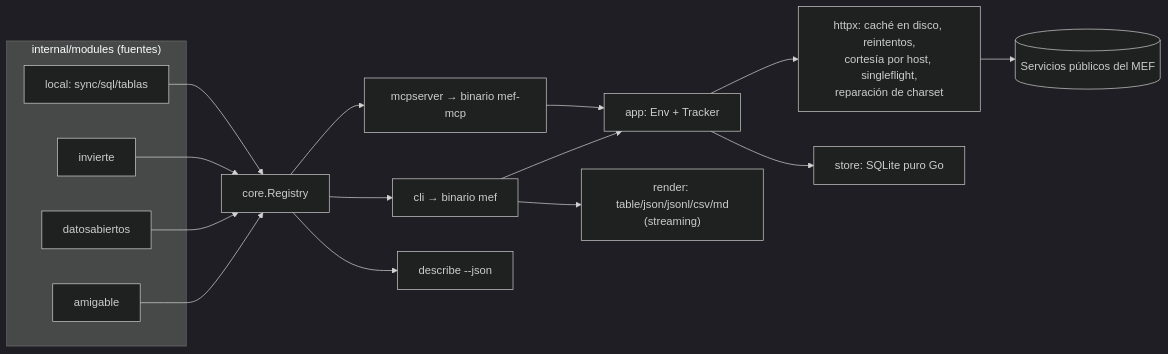
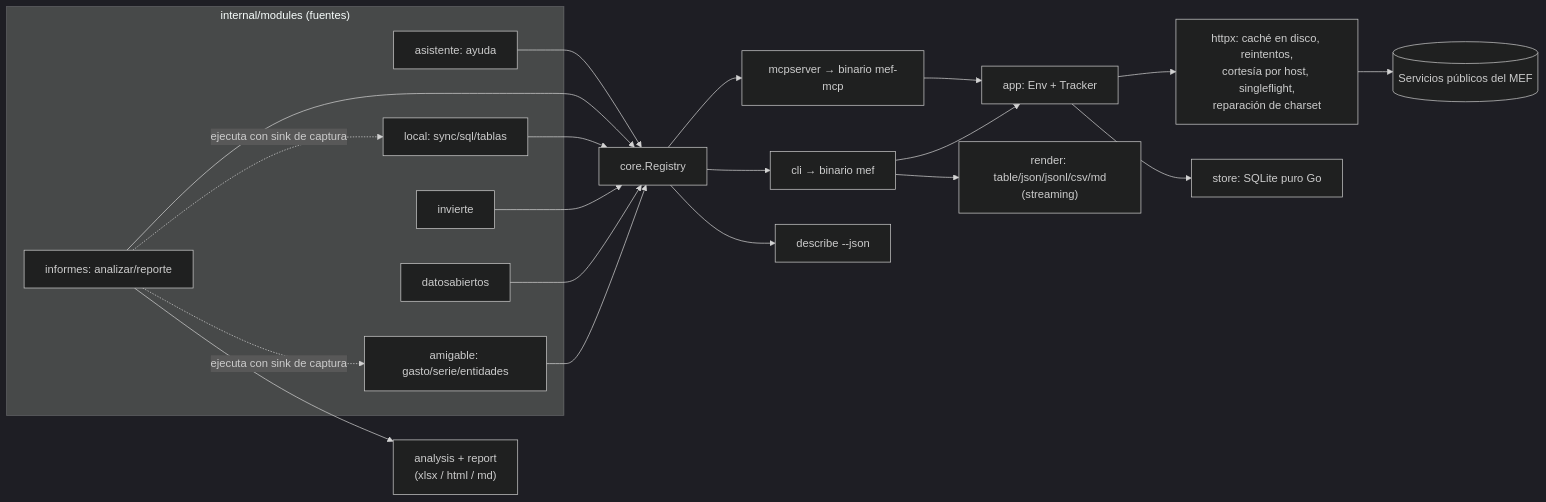
Before and after one commit to JOSETRA44/MEF-mcp: the diagram in docs/ARCHITECTURE.md, drawn with Mermaid (dark theme). The commit also changed other lines of this file and 6 other files, not shown here.

Commit message:
docs: update architecture, modules and user documentation

````diff
--- a/docs/ARCHITECTURE.md
+++ b/docs/ARCHITECTURE.md
@@ -17,18 +17,23 @@
 ```mermaid
 flowchart LR
     subgraph modules["internal/modules (fuentes)"]
-        A[amigable]
+        A["amigable: gasto/serie/entidades"]
         D[datosabiertos]
         I[invierte]
         L[local: sync/sql/tablas]
+        N["informes: analizar/reporte"]
+        G["asistente: ayuda"]
     end
-    A & D & I & L --> R[core.Registry]
+    N -. "ejecuta con sink de captura" .-> A
+    N -. "ejecuta con sink de captura" .-> L
+    N --> AN["analysis + report\n(xlsx / html / md)"]
+    A & D & I & L & N & G --> R[core.Registry]
     R --> CLI["cli → binario mef"]
     R --> MCP["mcpserver → binario mef-mcp"]
     R --> MAN["describe --json"]
     CLI & MCP --> APP[app: Env + Tracker]
     APP --> HTTP["httpx: caché en disco, reintentos,\ncortesía por host, singleflight,\nreparación de charset"]
     APP --> ST["store: SQLite puro Go"]
     CLI --> RND["render: table/json/jsonl/csv/md\n(streaming)"]
     HTTP --> MEF[(Servicios públicos del MEF)]
 ```
````
